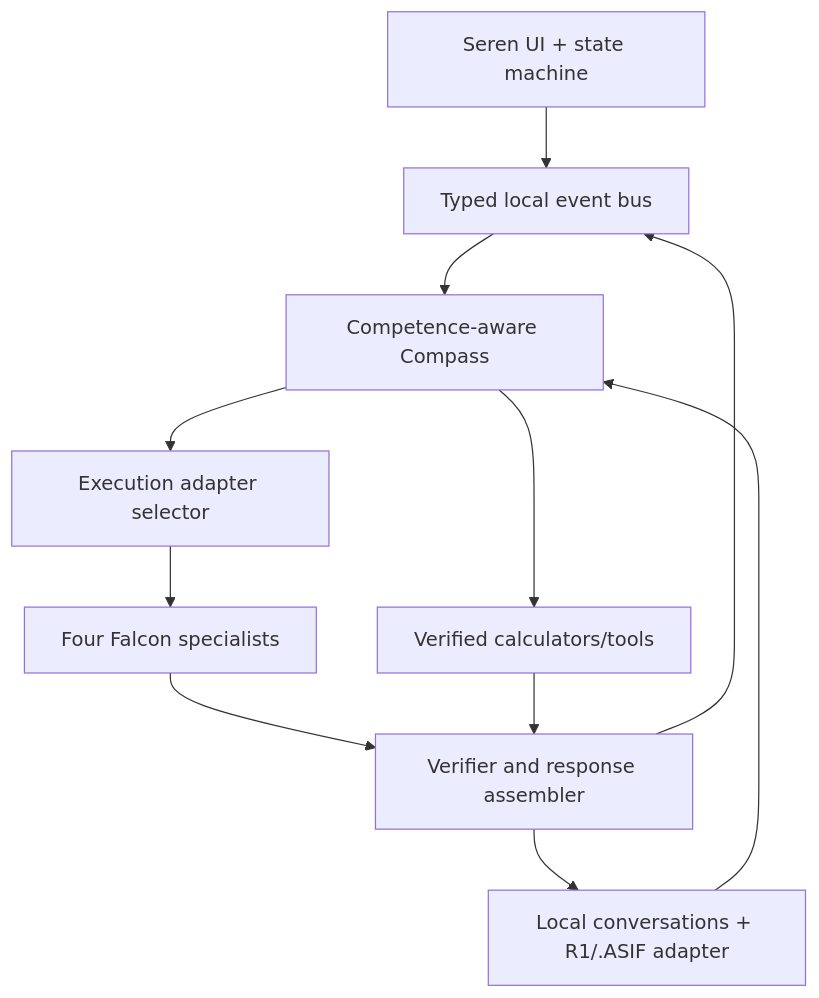
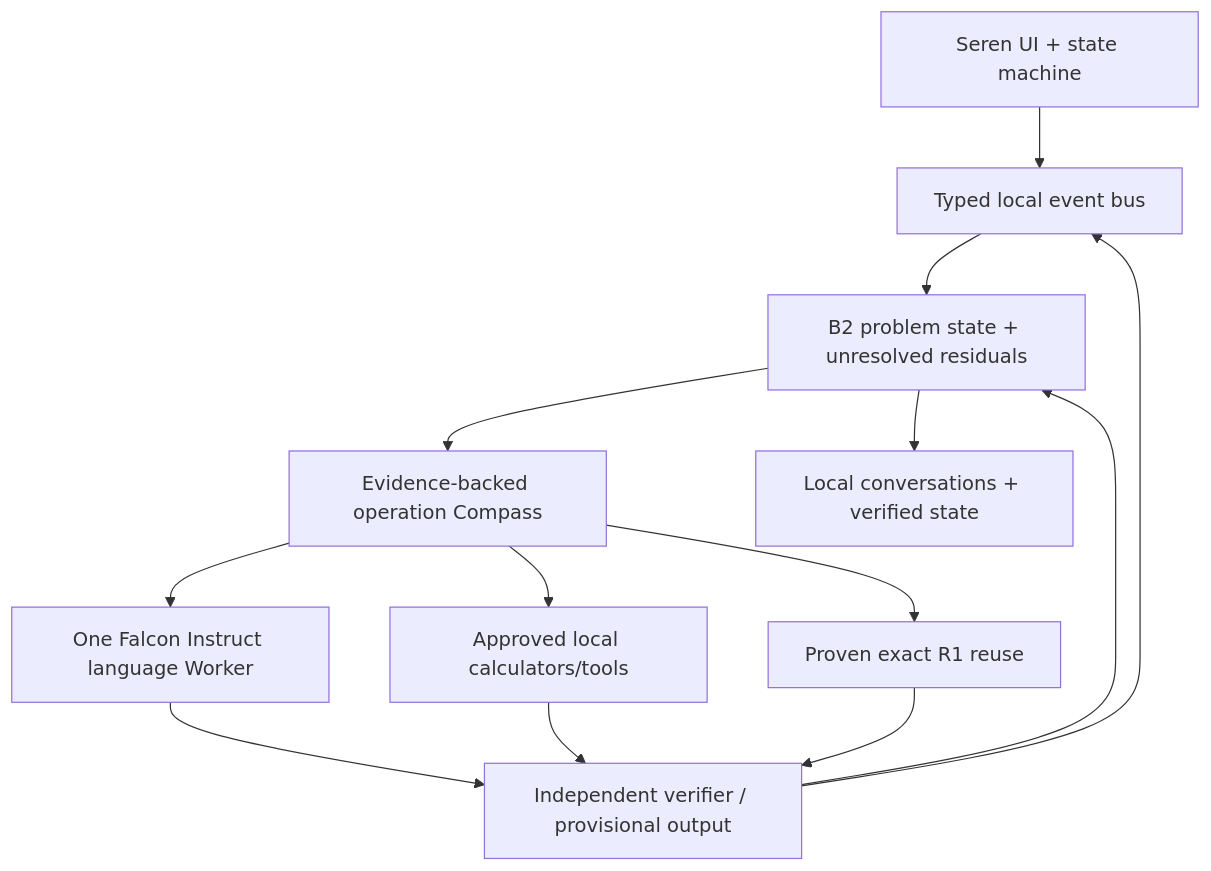
One commit to Enyx-D3/seren_ai changed the diagram in docs/TRD.md. Above: the diagram before and after it, drawn with Mermaid. The commit also changed other lines of this file and 72 other files, not shown here.

````diff
--- a/docs/TRD.md
+++ b/docs/TRD.md
@@ -19,13 +23,15 @@
 ```mermaid
 flowchart TD
     UI["Seren UI + state machine"] --> BUS["Typed local event bus"]
-    BUS --> COMPASS["Competence-aware Compass"]
-    COMPASS --> RUNTIME["Execution adapter selector"]
-    RUNTIME --> MODELS["Four Falcon specialists"]
-    COMPASS --> CALC["Verified calculators/tools"]
-    MODELS --> VERIFY["Verifier and response assembler"]
+    BUS --> STATE["B2 problem state + unresolved residuals"]
+    STATE --> COMPASS["Evidence-backed operation Compass"]
+    COMPASS --> FALCON["One Falcon Instruct language Worker"]
+    COMPASS --> CALC["Approved local calculators/tools"]
+    COMPASS --> REUSE["Proven exact R1 reuse"]
+    FALCON --> VERIFY["Independent verifier / provisional output"]
     CALC --> VERIFY
-    VERIFY --> STORE["Local conversations + R1/.ASIF adapter"]
-    STORE --> COMPASS
+    REUSE --> VERIFY
+    VERIFY --> STATE
+    STATE --> STORE["Local conversations + verified state"]
     VERIFY --> BUS
 ```
````
